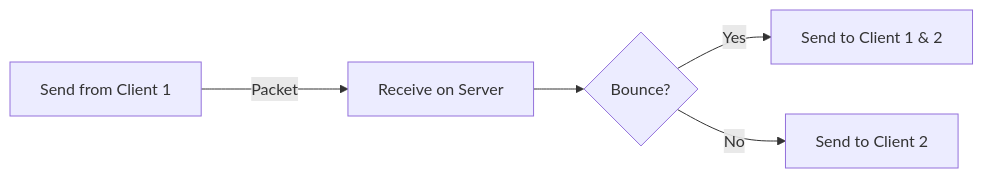
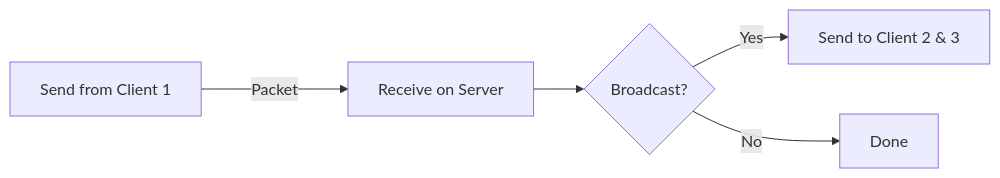
Before and after one commit to project-fika/gitbook-wiki: the diagram in Modding-Fika.md, drawn with Mermaid. The commit also changed other lines of this file and 1 other file, not shown here.

````diff
--- a/Modding-Fika.md
+++ b/Modding-Fika.md
@@ -65,8 +73,8 @@
 ```mermaid
 flowchart LR
 
 A[Send from Client 1] --->|Packet| B[Receive on Server]
-B --> C{Bounce?}
-C -->|Yes| D[Send to Client 1 & 2]
-C -->|No| E[Send to Client 2]
+B --> C{Broadcast?}
+C -->|Yes| D[Send to Client 2 & 3]
+C -->|No| E[Done]
 ```
````
